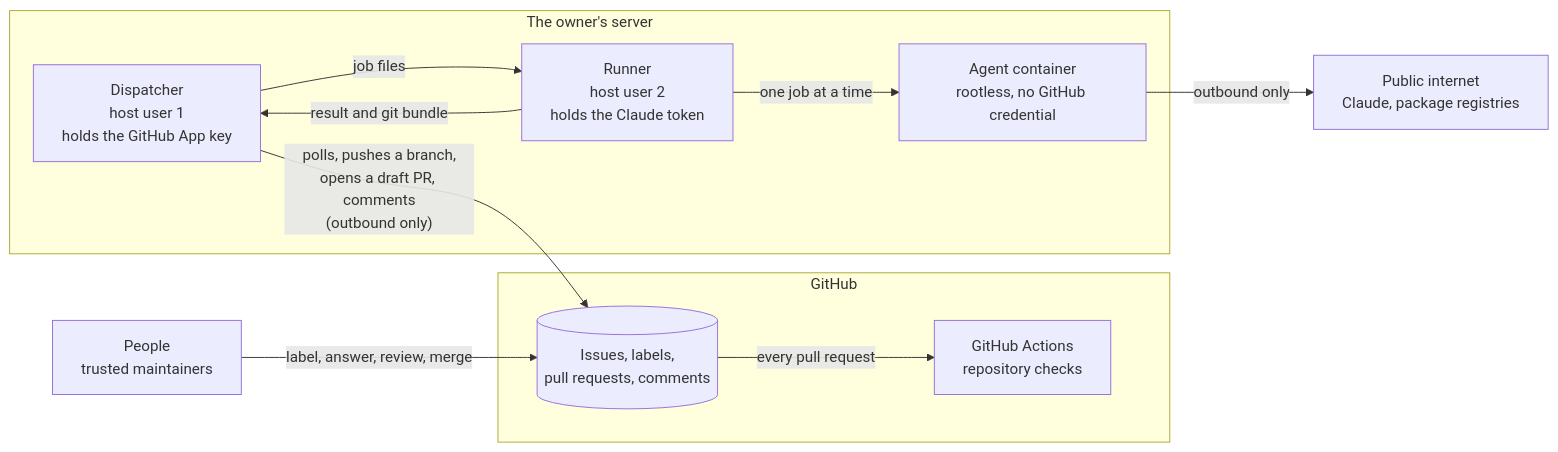
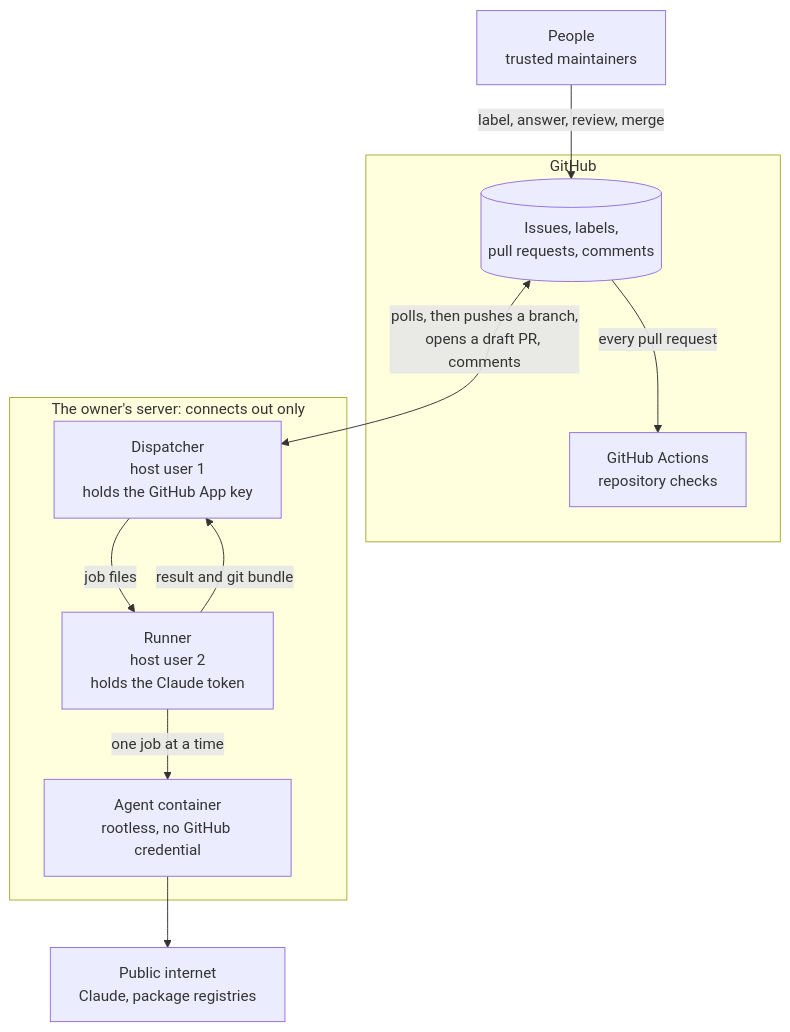
Before and after one commit to Marfusios/ai-apps: the first of 3 diagrams in README.md, drawn with Mermaid.

Commit message:
Lay the README's overview diagram out top-down so its labels stay readable at the width GitHub gives it

````diff
--- a/README.md
+++ b/README.md
@@ -22,22 +22,22 @@
 ```mermaid
-flowchart LR
+flowchart TB
     people["People<br/>trusted maintainers"]
     subgraph gh["GitHub"]
         issues[("Issues, labels,<br/>pull requests, comments")]
         checks["GitHub Actions<br/>repository checks"]
     end
-    subgraph host["The owner's server"]
+    subgraph host["The owner's server: connects out only"]
         dispatcher["Dispatcher<br/>host user 1<br/>holds the GitHub App key"]
         runner["Runner<br/>host user 2<br/>holds the Claude token"]
         agent["Agent container<br/>rootless, no GitHub credential"]
     end
     internet["Public internet<br/>Claude, package registries"]
 
     people -- "label, answer, review, merge" --> issues
-    dispatcher -- "polls, pushes a branch,<br/>opens a draft PR, comments<br/>(outbound only)" --> issues
     issues -- "every pull request" --> checks
+    issues <-- "polls, then pushes a branch,<br/>opens a draft PR, comments" --> dispatcher
     dispatcher -- "job files" --> runner
     runner -- "result and git bundle" --> dispatcher
     runner -- "one job at a time" --> agent
-    agent -- "outbound only" --> internet
+    agent --> internet
 ```
````
